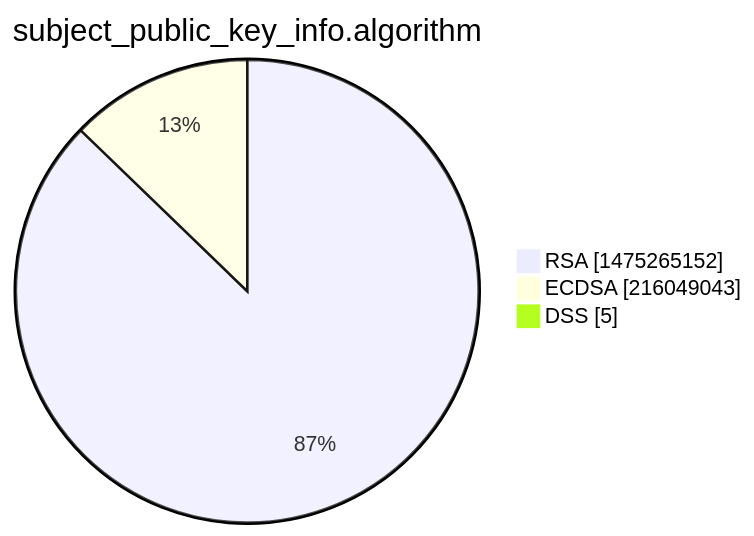
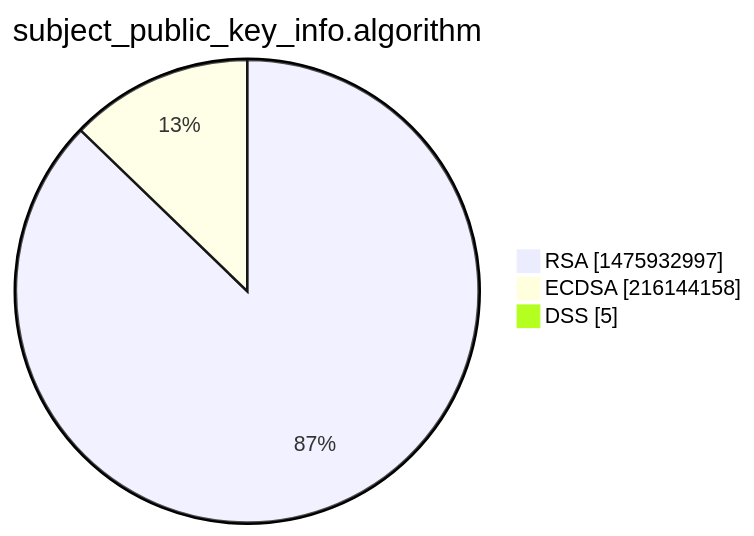
Before and after one commit to christiankrug/ctmonitor_visualization: the third of 15 diagrams in xenon2022/README.md, drawn with Mermaid. The commit also changed other lines of this file, not shown here.

````diff
--- a/xenon2022/README.md
+++ b/xenon2022/README.md
@@ -14,7 +14,7 @@
 ```mermaid
 pie showData
 title subject_public_key_info.algorithm
-"RSA" :1475265152
-"ECDSA" :216049043
+"RSA" :1475932997
+"ECDSA" :216144158
 "DSS" :5
 ```
````
